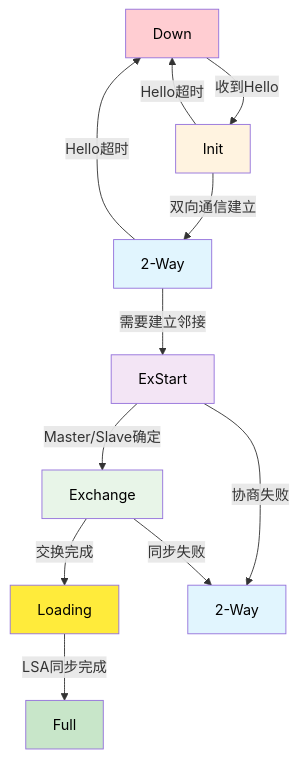
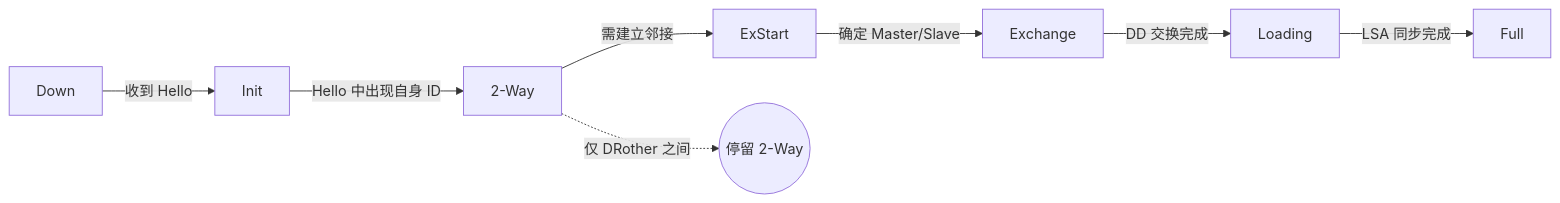
The second of 3 diagrams in 计算机网络/5.3网络层：OSPF协议.md (Dtheme/CS-base), drawn with Mermaid before and after one commit. The commit also changed other lines of this file and 51 other files, not shown here.

````diff
--- a/计算机网络/5.3网络层：OSPF协议.md
+++ b/计算机网络/5.3网络层：OSPF协议.md
@@ -501,32 +215,10 @@
 ```mermaid
-graph TD
-    Down1["Down"]
-    Init["Init"]
-    TwoWay["2-Way"]
-    ExStart["ExStart"]
-    Exchange["Exchange"]
-    Loading["Loading"]
-    Full["Full"]
-    TwoWay2["2-Way"]
-    
-    Down1 -->|收到Hello| Init
-    Init -->|双向通信建立| TwoWay
-    TwoWay -->|需要建立邻接| ExStart
-    ExStart -->|Master/Slave确定| Exchange
-    Exchange -->|交换完成| Loading
-    Loading -->|LSA同步完成| Full
-    
-    Init -->|Hello超时| Down1
-    TwoWay -->|Hello超时| Down1
-    ExStart -->|协商失败| TwoWay2
-    Exchange -->|同步失败| TwoWay2
-    
-    style Down1 fill:#ffcdd2,color:#000
-    style Init fill:#fff3e0,color:#000
-    style TwoWay fill:#e1f5fe,color:#000
-    style ExStart fill:#f3e5f5,color:#000
-    style Exchange fill:#e8f5e8,color:#000
-    style Loading fill:#ffeb3b,color:#000
-    style Full fill:#c8e6c9,color:#000
-    style TwoWay2 fill:#e1f5fe,color:#000
+graph LR
+    Down["Down"] -->|收到 Hello| Init["Init"]
+    Init -->|Hello 中出现自身 ID| TwoWay["2-Way"]
+    TwoWay -->|需建立邻接| ExStart["ExStart"]
+    TwoWay -.->|仅 DRother 之间| Stay((停留 2-Way))
+    ExStart -->|确定 Master/Slave| Exchange["Exchange"]
+    Exchange -->|DD 交换完成| Loading["Loading"]
+    Loading -->|LSA 同步完成| Full["Full"]
 ```
````
